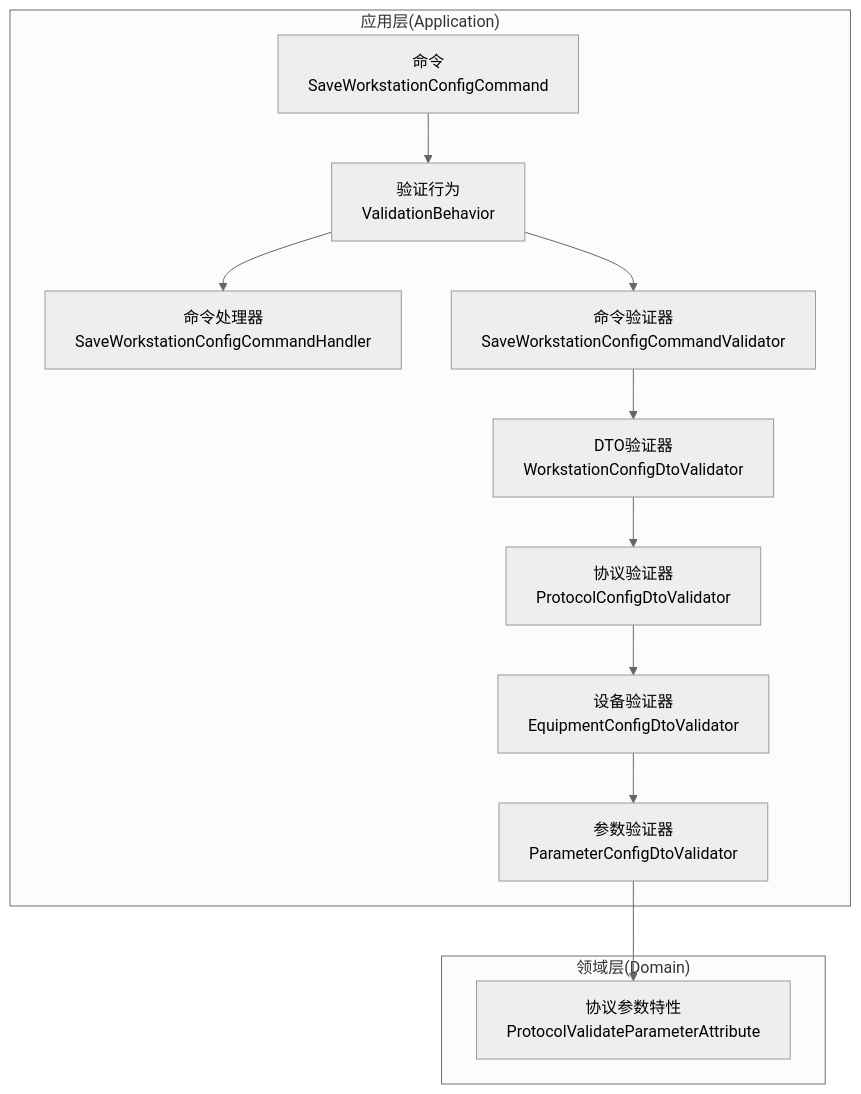
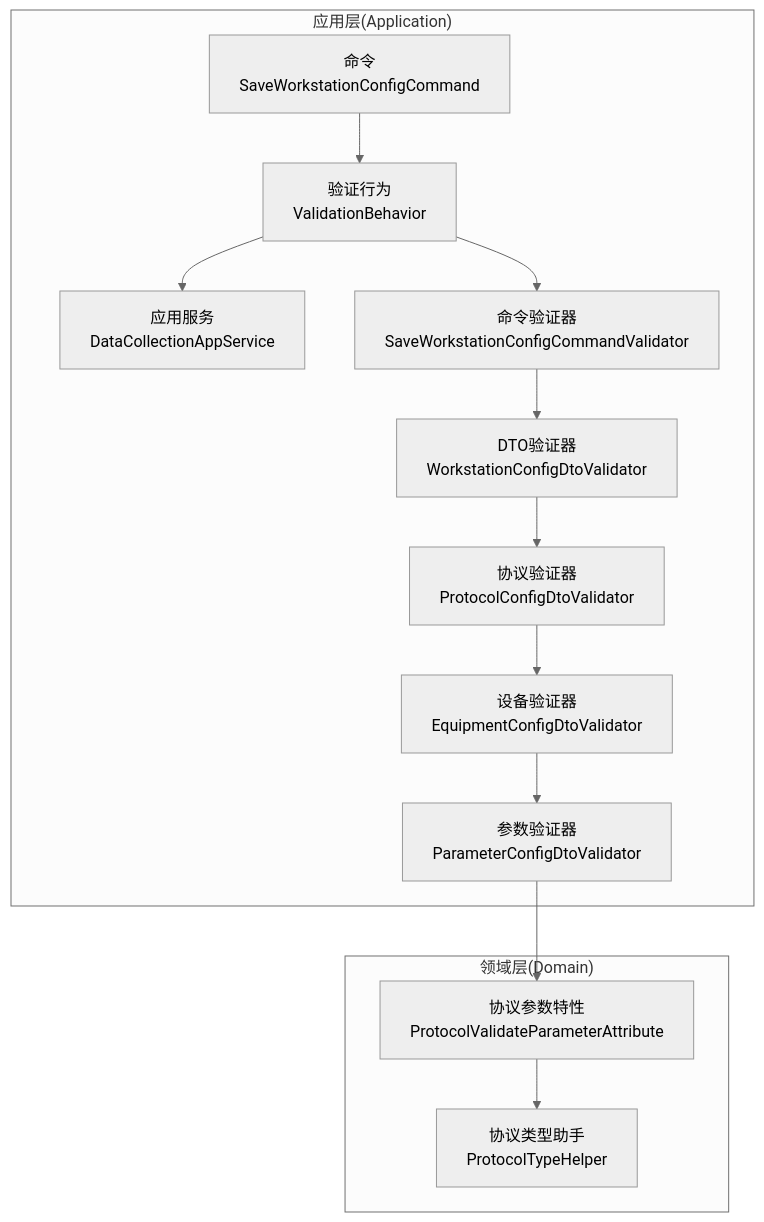
One commit to whitemousetl/IndustrialDataSolution changed the first of 4 diagrams in .qoder/repowiki/zh/content/应用服务层/验证行为.md. Above: the diagram before and after it, drawn with Mermaid (neutral theme). The commit also changed other lines of this file and 13 other files, not shown here.

````diff
--- a/.qoder/repowiki/zh/content/应用服务层/验证行为.md
+++ b/.qoder/repowiki/zh/content/应用服务层/验证行为.md
@@ -52,24 +63,26 @@
 ```mermaid
 graph TB
 subgraph "应用层(Application)"
 V["验证行为<br/>ValidationBehavior"]
 CMD["命令<br/>SaveWorkstationConfigCommand"]
-HDLR["命令处理器<br/>SaveWorkstationConfigCommandHandler"]
+HDLR["应用服务<br/>DataCollectionAppService"]
 VAL_CMD["命令验证器<br/>SaveWorkstationConfigCommandValidator"]
 VAL_DTO["DTO验证器<br/>WorkstationConfigDtoValidator"]
 VAL_PROTO["协议验证器<br/>ProtocolConfigDtoValidator"]
 VAL_EQUIP["设备验证器<br/>EquipmentConfigDtoValidator"]
 VAL_PARAM["参数验证器<br/>ParameterConfigDtoValidator"]
 end
 subgraph "领域层(Domain)"
 ATTR["协议参数特性<br/>ProtocolValidateParameterAttribute"]
+HELPER["协议类型助手<br/>ProtocolTypeHelper"]
 end
 CMD --> V
 V --> VAL_CMD
 VAL_CMD --> VAL_DTO
 VAL_DTO --> VAL_PROTO
 VAL_PROTO --> VAL_EQUIP
 VAL_EQUIP --> VAL_PARAM
 VAL_PARAM --> ATTR
 V --> HDLR
+ATTR --> HELPER
 ```
````
